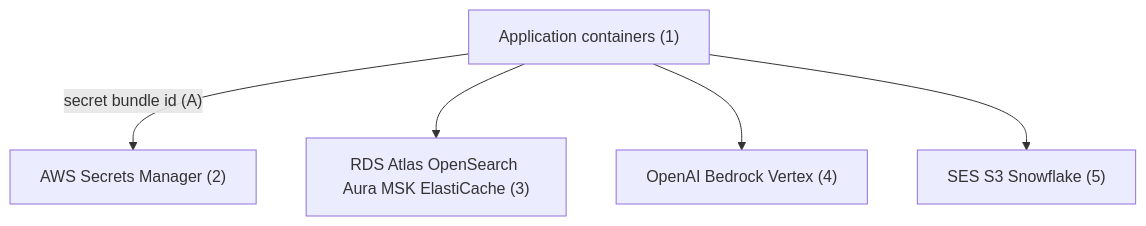
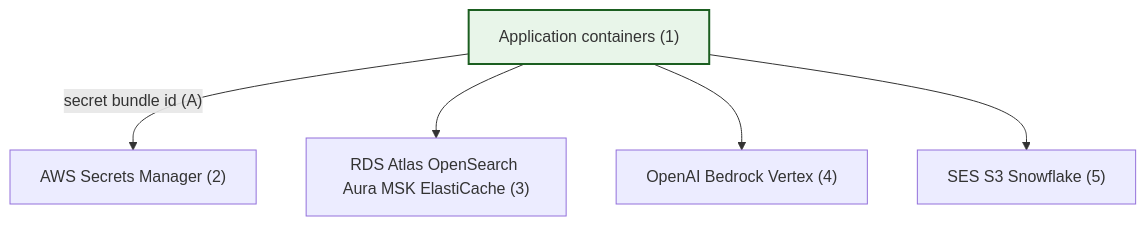
Before and after one commit to OferElboher/suspicious-email-triage: the eighth of 9 diagrams in docs/arch_guide_system_flowchart.md, drawn with Mermaid. The commit also changed other lines of this file and 20 other files, not shown here.

First line of the commit message:
Fix Django admin login, graph export, and analytics axis labels.

````diff
--- a/docs/arch_guide_system_flowchart.md
+++ b/docs/arch_guide_system_flowchart.md
@@ -483,13 +511,17 @@
 ```mermaid
 flowchart TB
+  classDef flowEntry fill:#e8f5e9,stroke:#1b5e20,stroke-width:2px
+
   APP["Application containers (1)"]
   SM["AWS Secrets Manager (2)"]
   DATA["RDS Atlas OpenSearch Aura MSK ElastiCache (3)"]
   AI["OpenAI Bedrock Vertex (4)"]
   OUT["SES S3 Snowflake (5)"]
 
   APP -->|"secret bundle id (A)"| SM
   APP --> DATA
   APP --> AI
   APP --> OUT
+
+  class APP flowEntry
 ```
````
